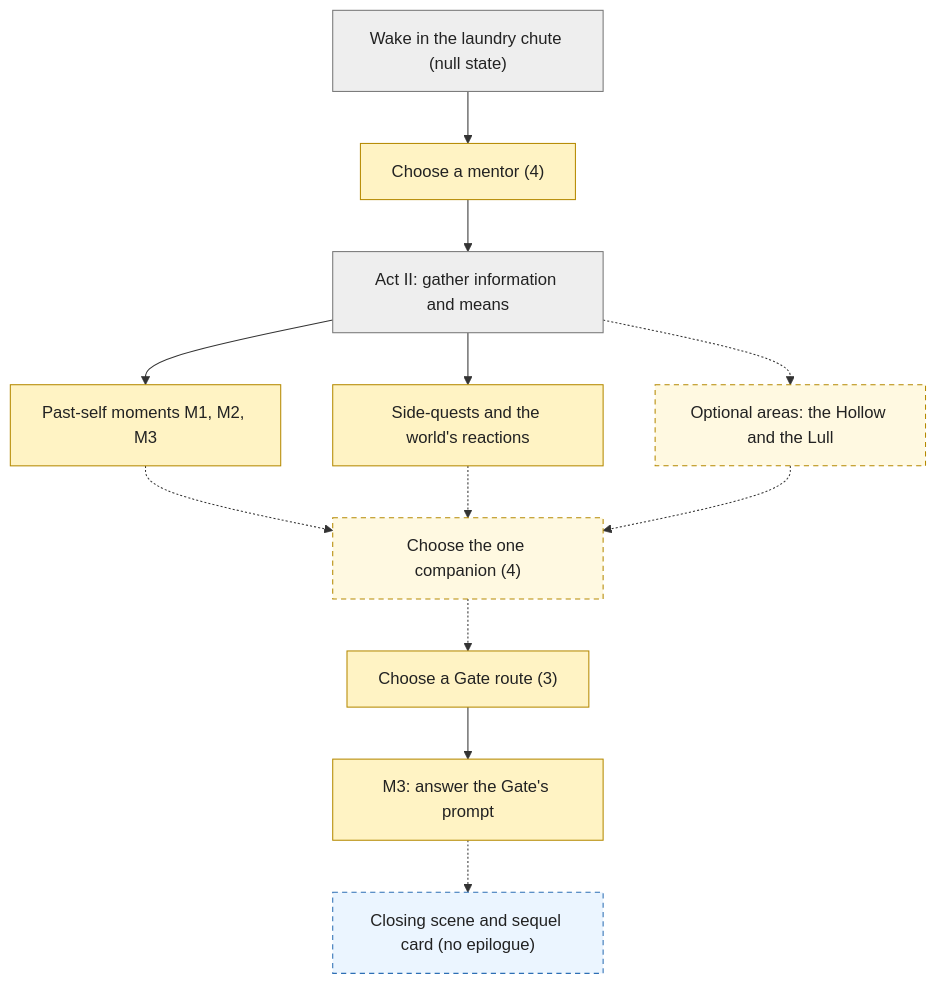
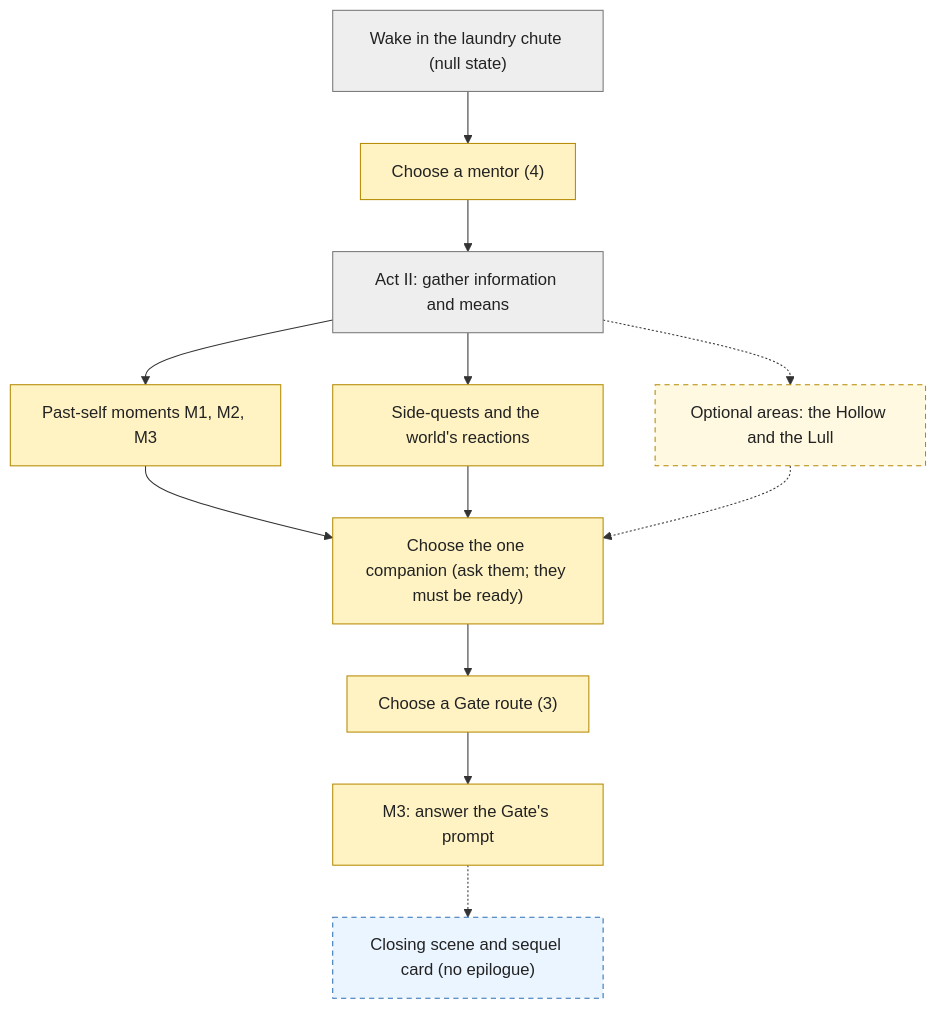
The first of 7 diagrams in docs/decision-tree.md (chrislee35/quiet-hours), drawn with Mermaid before and after one commit. The commit also changed other lines of this file and 28 other files, not shown here.

Commit message:
T3.12: companion gating as data, route complications, asking someone to come, awakenings, sequel flags; 60 enumerated combos tested

````diff
--- a/docs/decision-tree.md
+++ b/docs/decision-tree.md
@@ -13,33 +13,33 @@
 ```mermaid
 flowchart TD
   n_wake["Wake in the laundry chute (null state)"]
   n_mentor["Choose a mentor (4)"]
   n_past["Past-self moments M1, M2, M3"]
   n_side["Side-quests and the world's reactions"]
   n_pieces["Act II: gather information and means"]
   n_optional["Optional areas: the Hollow and the Lull"]
-  n_companion["Choose the one companion (4)"]
+  n_companion["Choose the one companion (ask them; they must be ready)"]
   n_route["Choose a Gate route (3)"]
   n_m3["M3: answer the Gate's prompt"]
   n_closing["Closing scene and sequel card (no epilogue)"]
   n_wake --> n_mentor
   n_mentor --> n_pieces
   n_pieces --> n_past
   n_pieces --> n_side
   n_pieces -.-> n_optional
-  n_past -.-> n_companion
-  n_side -.-> n_companion
+  n_past --> n_companion
+  n_side --> n_companion
   n_optional -.-> n_companion
-  n_companion -.-> n_route
+  n_companion --> n_route
   n_route --> n_m3
   n_m3 -.-> n_closing
   class n_mentor,n_past,n_side,n_optional,n_companion,n_route,n_m3 decision
   class n_closing outcome
   class n_wake,n_pieces state
-  class n_optional,n_companion,n_closing planned
+  class n_optional,n_closing planned
   classDef decision fill:#fff3c4,stroke:#b58900,color:#222
   classDef outcome fill:#d8ecff,stroke:#2d6fb5,color:#222
   classDef achievement fill:#d9f2d9,stroke:#2e8b3d,color:#222
   classDef state fill:#eeeeee,stroke:#777,color:#222
   classDef planned stroke-dasharray:5 4,fill-opacity:0.5
 ```
````
